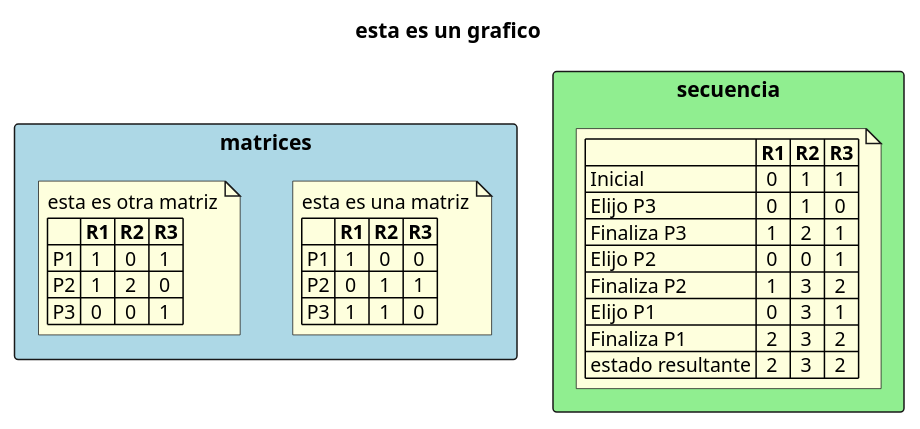
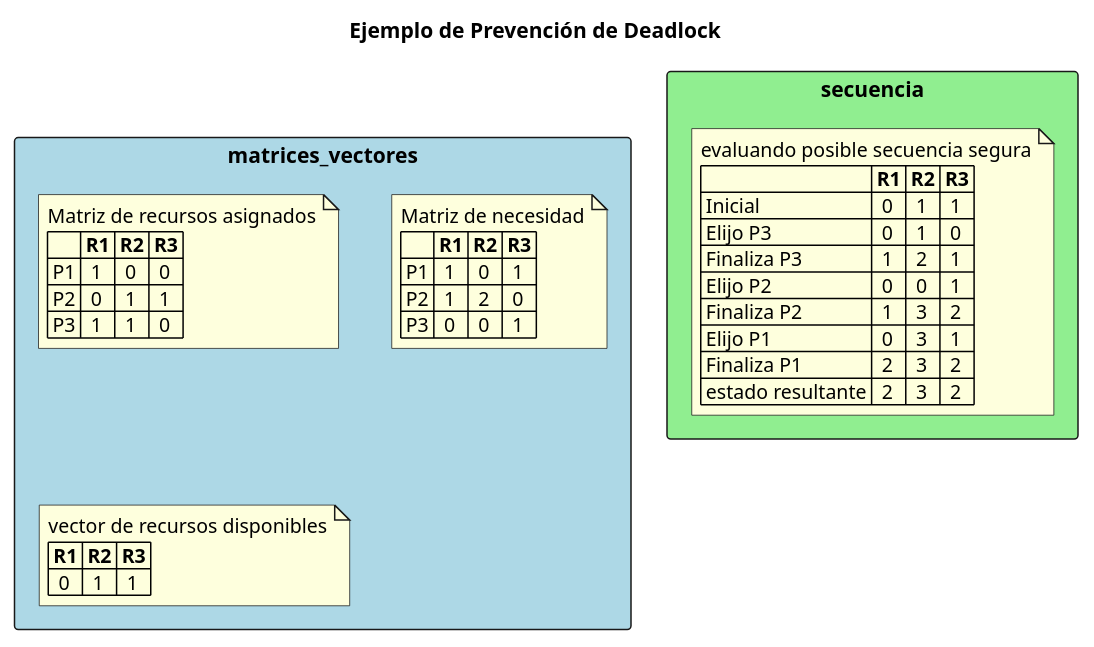
One commit to manu-utn/bitacora-sistemas-operativos changed the diagram in clases/clase06.org. Above: the diagram before and after it, drawn with PlantUML. The commit also changed other lines of this file and 1 other file, not shown here.

First line of the commit message:
Clase - Deadlock

```diff
--- a/clases/clase06.org
+++ b/clases/clase06.org
@@ -534,40 +414,47 @@
-  #+BEGIN_SRC plantuml :file img/test1.png
+  #+BEGIN_SRC plantuml :exports results :file img/deadlock-ejemplo-prevencion1.png
     @startuml
 
-    'matrices -d- secuencia
-    title esta es un grafico
+    title Ejemplo de Prevención de Deadlock
 
-    rectangle matrices #lightblue{
+    rectangle matrices_vectores #lightblue{
 
             note as m1
-            esta es una matriz
+            Matriz de recursos asignados
             |    |= R1 |= R2 |= R3 |
             | P1 |  1 |  0 |  0 |
             | P2 |  0 |  1 |  1 |
             | P3 |  1 |  1 |  0 |
             endnote
 
             note as m2
-            esta es otra matriz
+            Matriz de necesidad
             |    |= R1 |= R2 |= R3 |
             | P1 |  1 |  0 |  1 |
             | P2 |  1 |  2 |  0 |
             | P3 |  0 |  0 |  1 |
-    endnote
+            endnote
+
+            note as m3
+            vector de recursos disponibles
+            |= R1 |= R2 |= R3 |
+            |  0 |  1 |  1 |
+            endnote
     }
 
+
     rectangle secuencia #lightgreen{
-            note as m3
+            note as m4
+            evaluando posible secuencia segura
             |                   |= R1 |= R2 |= R3 |
             | Inicial           |  0 |  1 |  1 |
             | Elijo P3          |  0 |  1 |  0 |
             | Finaliza P3       |  1 |  2 |  1 |
             | Elijo P2          |  0 |  0 |  1 |
             | Finaliza P2       |  1 |  3 |  2 |
             | Elijo P1          |  0 |  3 |  1 |
             | Finaliza P1       |  2 |  3 |  2 |
             | estado resultante |  2 |  3 |  2 |
             endnote
     }
     @enduml
   #+END_SRC
```
